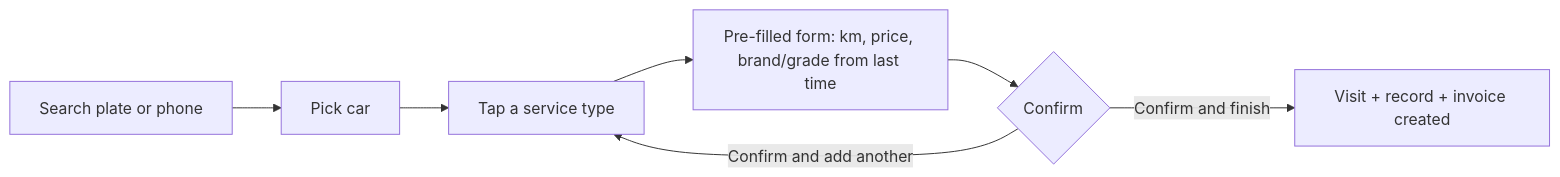
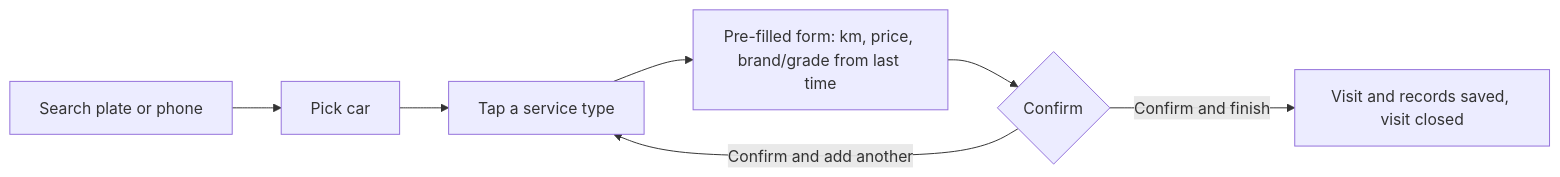
The second of 5 diagrams in docs/flow.md (Alishaalan4/GearVa), drawn with Mermaid before and after one commit. The commit also changed other lines of this file and 8 other files, not shown here.

````diff
--- a/docs/flow.md
+++ b/docs/flow.md
@@ -158,9 +158,9 @@
 ```mermaid
 flowchart LR
   A[Search plate or phone] --> B[Pick car]
   B --> C[Tap a service type]
   C --> D[Pre-filled form: km, price, brand/grade from last time]
   D --> E{Confirm}
-  E -->|Confirm and finish| F[Visit + record + invoice created]
+  E -->|Confirm and finish| F[Visit and records saved, visit closed]
   E -->|Confirm and add another| C
 ```
````
